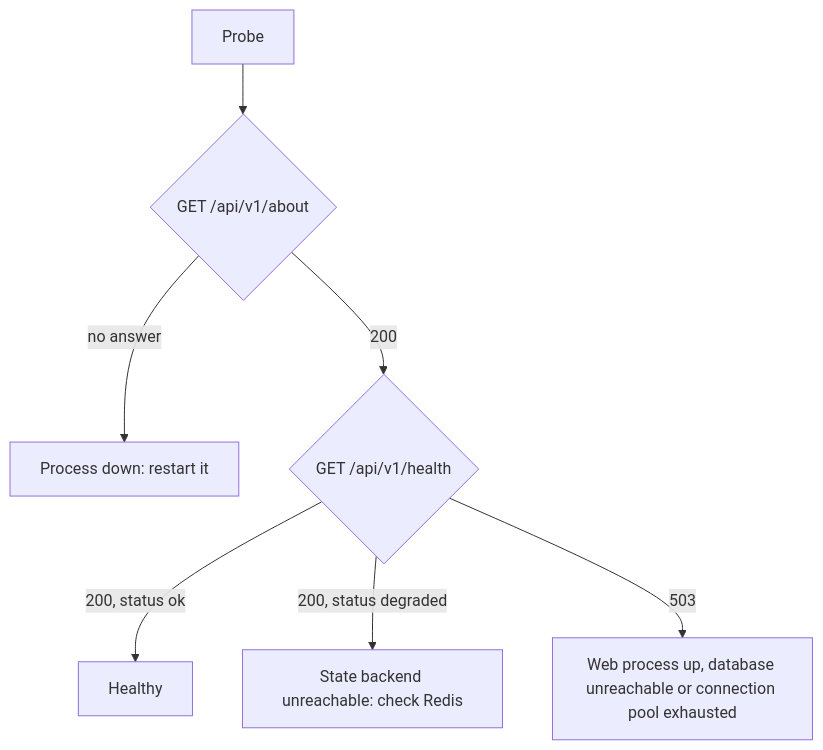
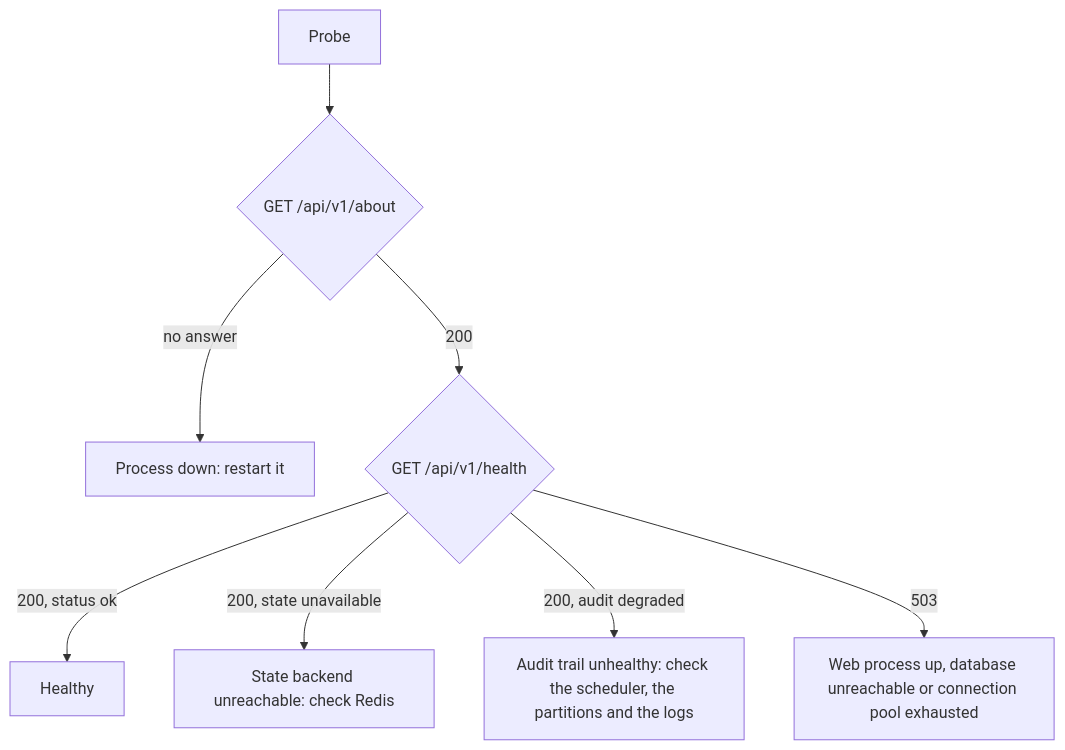
The diagram in docs/getting-started/monitoring.md (endurain-project/endurain), drawn with Mermaid before and after one commit. The commit also changed other lines of this file and 3 other files, not shown here.

First line of the commit message:
feat(health): report audit trail health in the health endpoint

````diff
--- a/docs/getting-started/monitoring.md
+++ b/docs/getting-started/monitoring.md
@@ -18,9 +27,10 @@
 ```mermaid
 flowchart TD
     P[Probe] --> A{GET /api/v1/about}
     A -- no answer --> D[Process down: restart it]
     A -- 200 --> H{GET /api/v1/health}
     H -- 200, status ok --> OK[Healthy]
-    H -- 200, status degraded --> R[State backend unreachable: check Redis]
+    H -- 200, state unavailable --> R[State backend unreachable: check Redis]
+    H -- 200, audit degraded --> U[Audit trail unhealthy: check the scheduler, the partitions and the logs]
     H -- 503 --> W[Web process up, database unreachable or connection pool exhausted]
 ```
````
